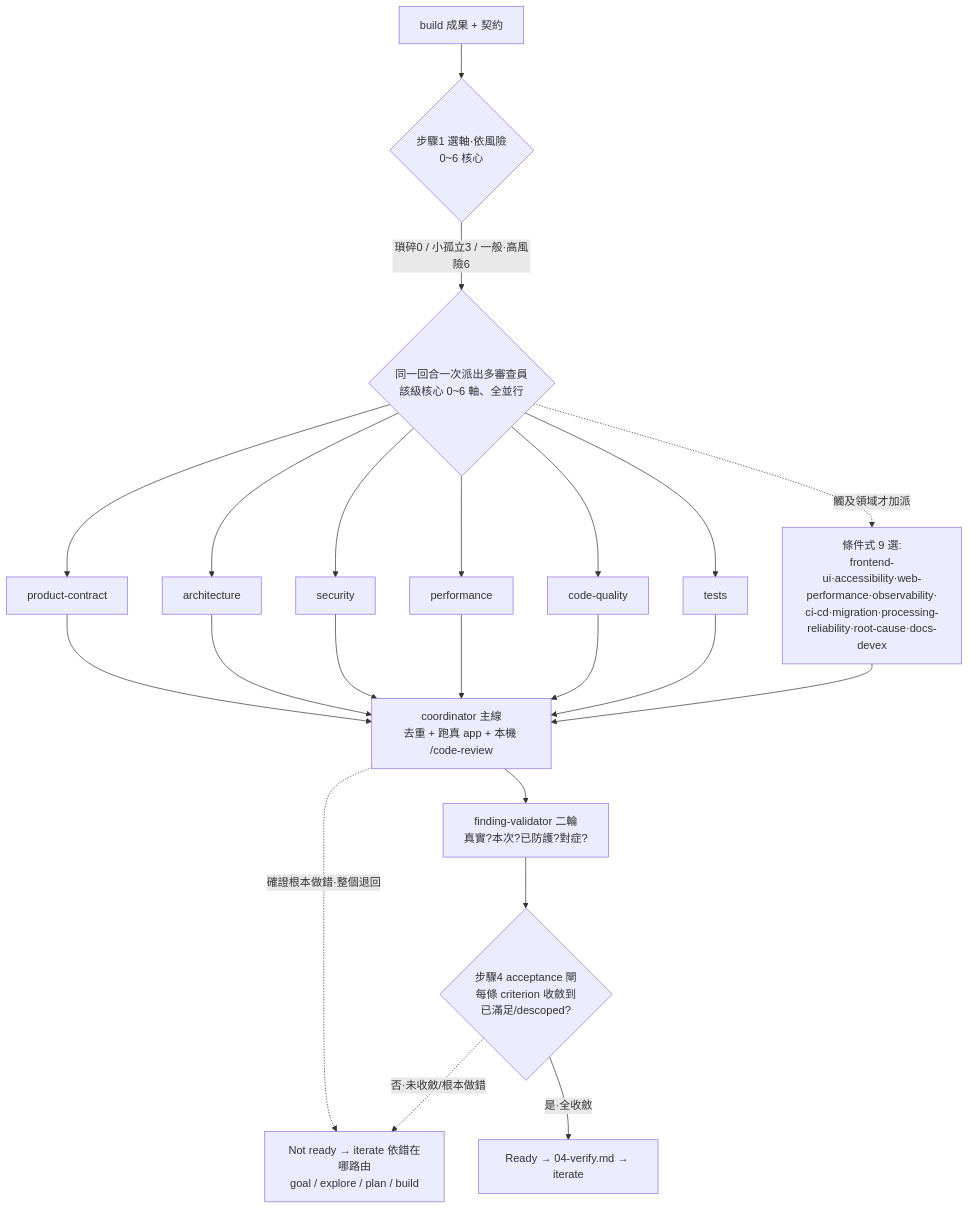
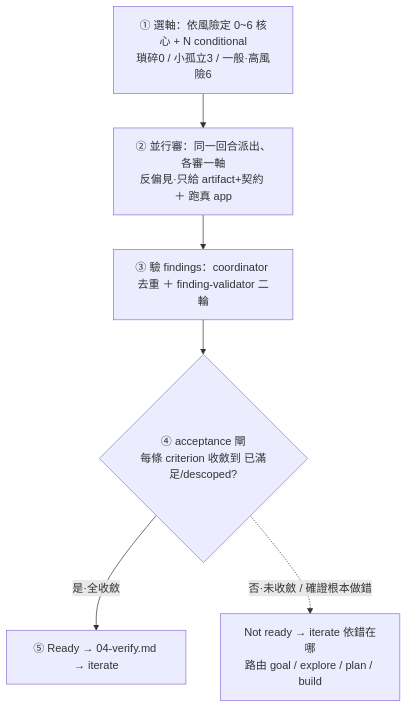
Before and after one commit to adha9990/dev-workflows: the third of 3 diagrams in plugins/loops-workflow/docs/FLOW.md, drawn with Mermaid.

Commit message:
docs(FLOW): 整理 verify 流程圖成乾淨線性 5 步
舊圖節點冗雜（build 成果輸入節點、TR 與 FAN 都講「0~6 核心」重複、6 個
reviewer 節點 + COND）。整理成對應 SKILL 5 步的乾淨線性流程：
① 選軸 → ② 並行審 → ③ 驗 findings → ④ acceptance 閘 →（是）⑤ Ready；
（否·未收斂/根本做錯）→ iterate 依錯在哪路由 goal/explore/plan/build。
reviewer fan-out 細節留在下方敘述與 SKILL，圖只保留 5 步骨架。

Claude-Session: https://claude.ai/code/session_019rg6oUgnvaBABivvzSPVpC

````diff
--- a/plugins/loops-workflow/docs/FLOW.md
+++ b/plugins/loops-workflow/docs/FLOW.md
@@ -165,18 +165,8 @@
 ```mermaid
 flowchart TD
-    BUILD[build 成果 + 契約] --> TR{步驟1 選軸·依風險<br/>0~6 核心}
-    TR -->|瑣碎0 / 小孤立3 / 一般·高風險6| FAN{同一回合一次派出多審查員<br/>該級核心 0~6 軸、全並行}
-    FAN --> C1[product-contract]
-    FAN --> C2[architecture]
-    FAN --> C3[security]
-    FAN --> C4[performance]
-    FAN --> C5[code-quality]
-    FAN --> C6[tests]
-    FAN -.觸及領域才加派.-> COND[條件式 9 選:<br/>frontend-ui·accessibility·web-performance·observability·<br/>ci-cd·migration·processing-reliability·root-cause·docs-devex]
-    C1 & C2 & C3 & C4 & C5 & C6 & COND --> CO[coordinator 主線<br/>去重 + 跑真 app + 本機 /code-review]
-    CO -.確證根本做錯·整個退回.-> ITER
-    CO --> FV[finding-validator 二輪<br/>真實?本次?已防護?對症?]
-    FV --> AC{步驟4 acceptance 閘<br/>每條 criterion 收斂到<br/>已滿足/descoped?}
-    AC -.否·未收斂/根本做錯.-> ITER[Not ready → iterate 依錯在哪路由<br/>goal / explore / plan / build]
-    AC -->|是·全收斂| OUT[Ready → 04-verify.md → iterate]
+    S1[① 選軸：依風險定 0~6 核心 + N conditional<br/>瑣碎0 / 小孤立3 / 一般·高風險6] --> S2[② 並行審：同一回合派出、各審一軸<br/>反偏見·只給 artifact+契約 ＋ 跑真 app]
+    S2 --> S3[③ 驗 findings：coordinator 去重 ＋ finding-validator 二輪]
+    S3 --> S4{④ acceptance 閘<br/>每條 criterion 收斂到 已滿足/descoped?}
+    S4 -->|是·全收斂| S5[⑤ Ready → 04-verify.md → iterate]
+    S4 -.否·未收斂 / 確證根本做錯.-> ITER[Not ready → iterate 依錯在哪<br/>路由 goal / explore / plan / build]
 ```
````
